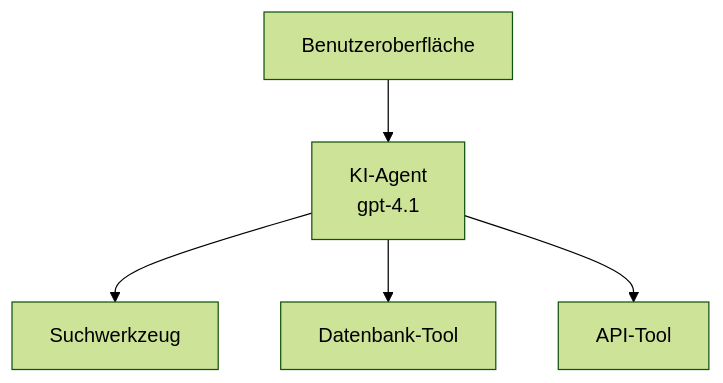
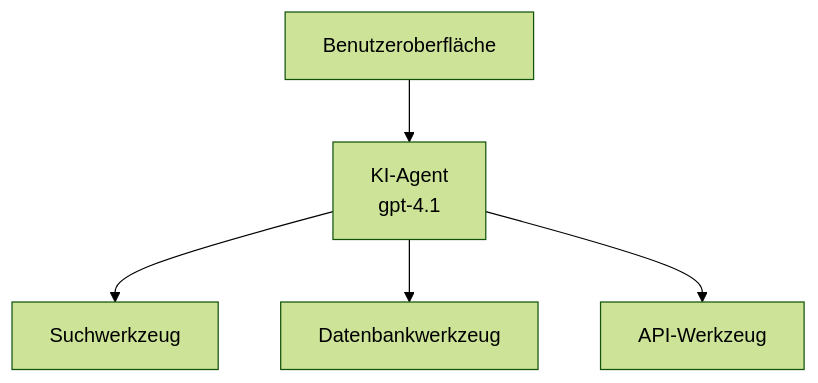
The first of 3 diagrams in translations/de/docs/chapter-02-ai-development/agents.md (microsoft/AZD-for-beginners), drawn with Mermaid (forest theme) before and after one commit. The commit also changed other lines of this file and 101 other files, not shown here.

````diff
--- a/translations/de/docs/chapter-02-ai-development/agents.md
+++ b/translations/de/docs/chapter-02-ai-development/agents.md
@@ -152,7 +157,7 @@
 ```mermaid
 graph TD
     UI[Benutzeroberfläche] --> Agent[KI-Agent<br/>gpt-4.1]
     Agent --> Search[Suchwerkzeug]
-    Agent --> Database[Datenbank-Tool]
-    Agent --> API[API-Tool]
+    Agent --> Database[Datenbankwerkzeug]
+    Agent --> API[API-Werkzeug]
 ```
````
